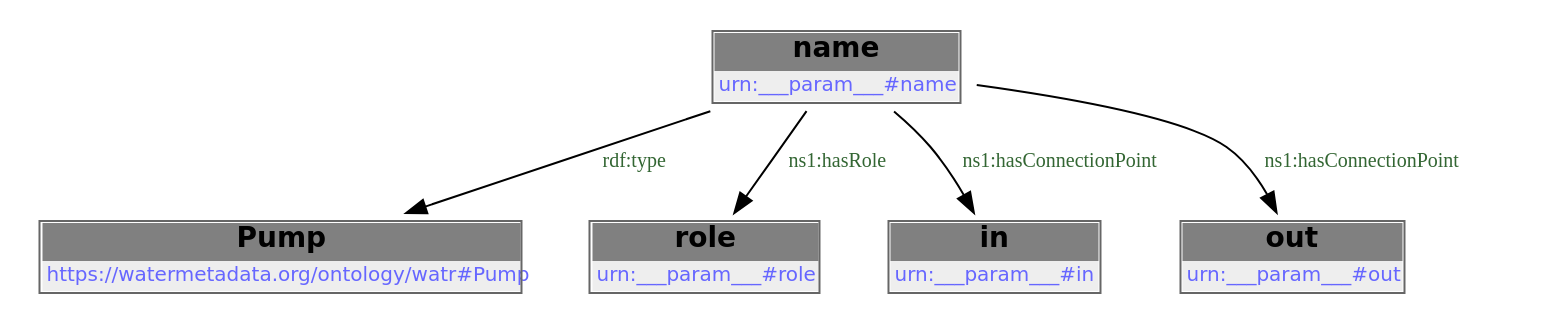
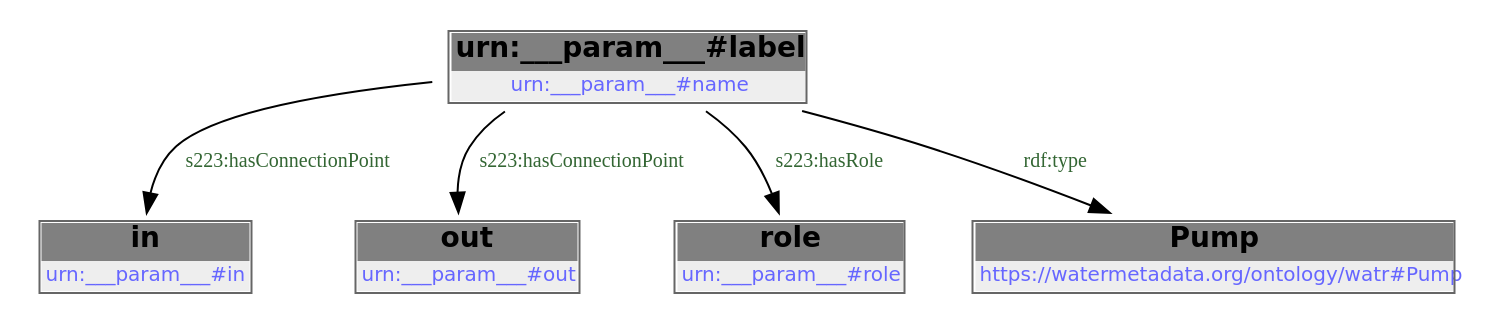
One commit to DataDrivenCPS/water-ontology changed the diagram in docs/libraries/templates/pump.rst. Above: the diagram before and after it, drawn with Graphviz. The commit also changed other lines of this file and 83 other files, not shown here.

```diff
--- a/docs/libraries/templates/pump.rst
+++ b/docs/libraries/templates/pump.rst
@@ -78,14 +78,19 @@
-        .. graphviz::
+.. graphviz::
 
-                digraph G {
-            node [fontname="DejaVu Sans"];
-            node0 -> node1 [color=BLACK, label=< <font point-size='10' color='#336633'>rdf:type</font> >];
-            node0 -> node2 [color=BLACK, label=< <font point-size='10' color='#336633'>ns1:hasRole</font> >];
-            node0 -> node3 [color=BLACK, label=< <font point-size='10' color='#336633'>ns1:hasConnectionPoint</font> >];
-            node0 -> node4 [color=BLACK, label=< <font point-size='10' color='#336633'>ns1:hasConnectionPoint</font> >];
-            node0 [shape=none, color=black, label=< <table color='#666666' cellborder='0' cellspacing='0' border='1'><tr><td colspan='2' bgcolor='grey'><B>name</B></td></tr><tr><td href='urn:___param___#name' bgcolor='#eeeeee' colspan='2'><font point-size='10' color='#6666ff'>urn:___param___#name</font></td></tr></table> >];
-            node1 [shape=none, color=black, label=< <table color='#666666' cellborder='0' cellspacing='0' border='1'><tr><td colspan='2' bgcolor='grey'><B>Pump</B></td></tr><tr><td href='https://watermetadata.org/ontology/watr#Pump' bgcolor='#eeeeee' colspan='2'><font point-size='10' color='#6666ff'>https://watermetadata.org/ontology/watr#Pump</font></td></tr></table> >];
-            node2 [shape=none, color=black, label=< <table color='#666666' cellborder='0' cellspacing='0' border='1'><tr><td colspan='2' bgcolor='grey'><B>role</B></td></tr><tr><td href='urn:___param___#role' bgcolor='#eeeeee' colspan='2'><font point-size='10' color='#6666ff'>urn:___param___#role</font></td></tr></table> >];
-            node3 [shape=none, color=black, label=< <table color='#666666' cellborder='0' cellspacing='0' border='1'><tr><td colspan='2' bgcolor='grey'><B>in</B></td></tr><tr><td href='urn:___param___#in' bgcolor='#eeeeee' colspan='2'><font point-size='10' color='#6666ff'>urn:___param___#in</font></td></tr></table> >];
-            node4 [shape=none, color=black, label=< <table color='#666666' cellborder='0' cellspacing='0' border='1'><tr><td colspan='2' bgcolor='grey'><B>out</B></td></tr><tr><td href='urn:___param___#out' bgcolor='#eeeeee' colspan='2'><font point-size='10' color='#6666ff'>urn:___param___#out</font></td></tr></table> >];
-            }
+    digraph {
+     node [ fontname="DejaVu Sans" ] ;
+        node0 -> node1 [ color=BLACK, label=< <font point-size='10' color='#336633'>s223:hasConnectionPoint</font> > ] ;
+        node0 -> node2 [ color=BLACK, label=< <font point-size='10' color='#336633'>s223:hasConnectionPoint</font> > ] ;
+        node0 -> node3 [ color=BLACK, label=< <font point-size='10' color='#336633'>s223:hasRole</font> > ] ;
+        node0 -> node4 [ color=BLACK, label=< <font point-size='10' color='#336633'>rdf:type</font> > ] ;
+    # urn:___param___#name node0
+    node0 [ shape=none, color=black label=< <table color='#666666' cellborder='0' cellspacing='0' border='1'><tr><td colspan='2' bgcolor='grey'><B>urn:___param___#label</B></td></tr><tr><td href='urn:___param___#name' bgcolor='#eeeeee' colspan='2'><font point-size='10' color='#6666ff'>urn:___param___#name</font></td></tr></table> > ]
+    # urn:___param___#in node1
+    node1 [ shape=none, color=black label=< <table color='#666666' cellborder='0' cellspacing='0' border='1'><tr><td colspan='2' bgcolor='grey'><B>in</B></td></tr><tr><td href='urn:___param___#in' bgcolor='#eeeeee' colspan='2'><font point-size='10' color='#6666ff'>urn:___param___#in</font></td></tr></table> > ]
+    # urn:___param___#out node2
+    node2 [ shape=none, color=black label=< <table color='#666666' cellborder='0' cellspacing='0' border='1'><tr><td colspan='2' bgcolor='grey'><B>out</B></td></tr><tr><td href='urn:___param___#out' bgcolor='#eeeeee' colspan='2'><font point-size='10' color='#6666ff'>urn:___param___#out</font></td></tr></table> > ]
+    # urn:___param___#role node3
+    node3 [ shape=none, color=black label=< <table color='#666666' cellborder='0' cellspacing='0' border='1'><tr><td colspan='2' bgcolor='grey'><B>role</B></td></tr><tr><td href='urn:___param___#role' bgcolor='#eeeeee' colspan='2'><font point-size='10' color='#6666ff'>urn:___param___#role</font></td></tr></table> > ]
+    # https://watermetadata.org/ontology/watr#Pump node4
+    node4 [ shape=none, color=black label=< <table color='#666666' cellborder='0' cellspacing='0' border='1'><tr><td colspan='2' bgcolor='grey'><B>Pump</B></td></tr><tr><td href='https://watermetadata.org/ontology/watr#Pump' bgcolor='#eeeeee' colspan='2'><font point-size='10' color='#6666ff'>https://watermetadata.org/ontology/watr#Pump</font></td></tr></table> > ]
+    }
```
